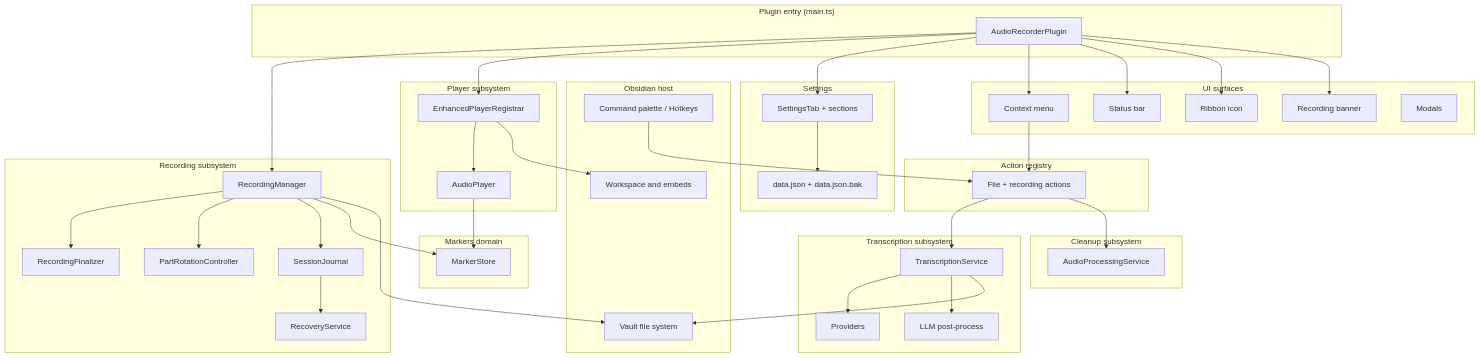
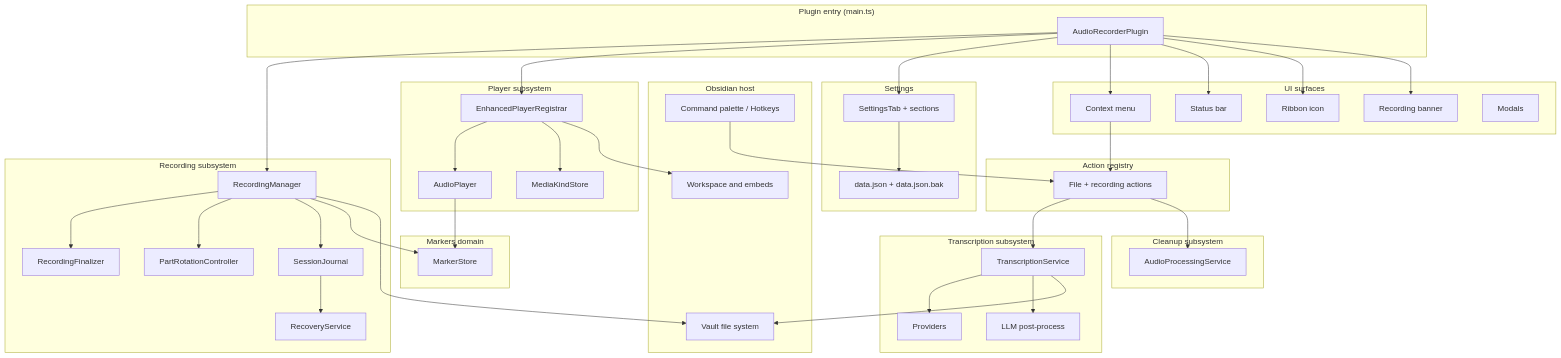
Before and after one commit to akhmialeuski/advanced-audio-recorder: the first of 7 diagrams in docs/architecture.md, drawn with Mermaid. The commit also changed other lines of this file and 59 other files, not shown here.

```diff
--- a/docs/architecture.md
+++ b/docs/architecture.md
@@ -42,6 +42,7 @@
     subgraph Play["Player subsystem"]
         REG[EnhancedPlayerRegistrar]
         PLY[AudioPlayer]
+        MKS[MediaKindStore]
     end
 
     subgraph Mark["Markers domain"]
@@ -92,6 +93,7 @@
     RM --> VAULT
 
     REG --> PLY
+    REG --> MKS
     PLY --> MRK
     REG --> WS
 
```
